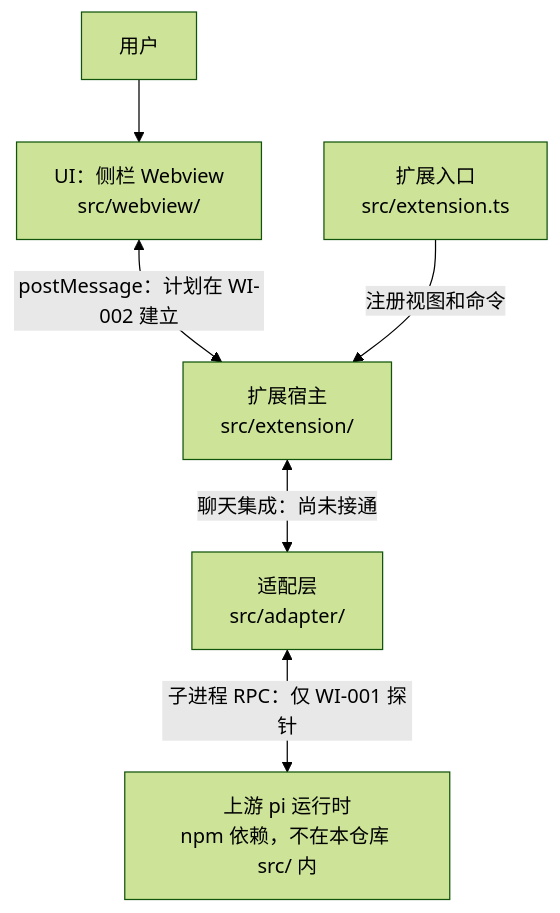
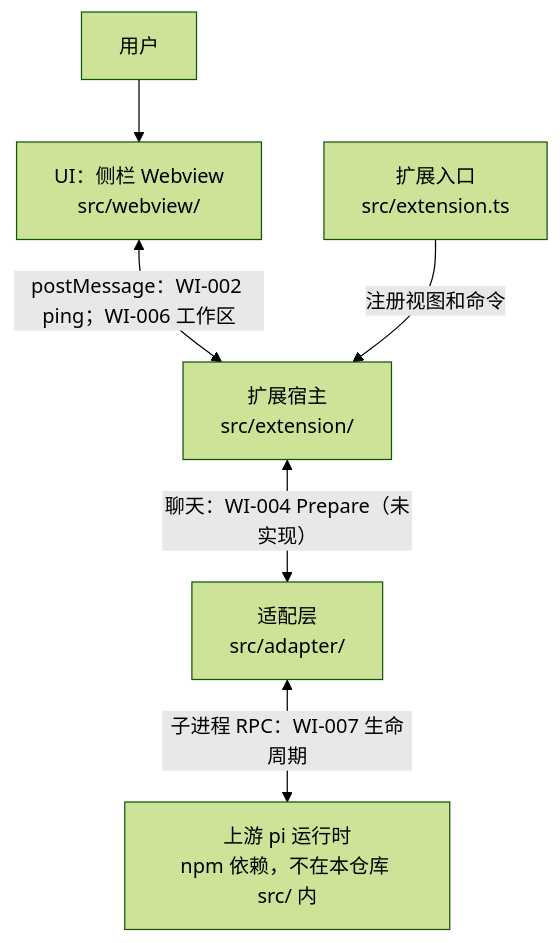
One commit to Hex4C59/pi-vscode changed the diagram in docs/architecture/vscode-extension-architecture.zh.md. Above: the diagram before and after it, drawn with Mermaid (forest theme). The commit also changed other lines of this file and 29 other files, not shown here.

````diff
--- a/docs/architecture/vscode-extension-architecture.zh.md
+++ b/docs/architecture/vscode-extension-architecture.zh.md
@@ -38,8 +38,8 @@
 ```mermaid
 flowchart TD
     U["用户"] --> W["UI：侧栏 Webview<br/>src/webview/"]
-    W <-->|"postMessage：计划在 WI-002 建立"| H["扩展宿主<br/>src/extension/"]
-    H <-->|"聊天集成：尚未接通"| A["适配层<br/>src/adapter/"]
-    A <-->|"子进程 RPC：仅 WI-001 探针"| P["上游 pi 运行时<br/>npm 依赖，不在本仓库 src/ 内"]
+    W <-->|"postMessage：WI-002 ping；WI-006 工作区"| H["扩展宿主<br/>src/extension/"]
+    H <-->|"聊天：WI-004 Prepare（未实现）"| A["适配层<br/>src/adapter/"]
+    A <-->|"子进程 RPC：WI-007 生命周期"| P["上游 pi 运行时<br/>npm 依赖，不在本仓库 src/ 内"]
     E["扩展入口<br/>src/extension.ts"] -->|"注册视图和命令"| H
 ```
````
